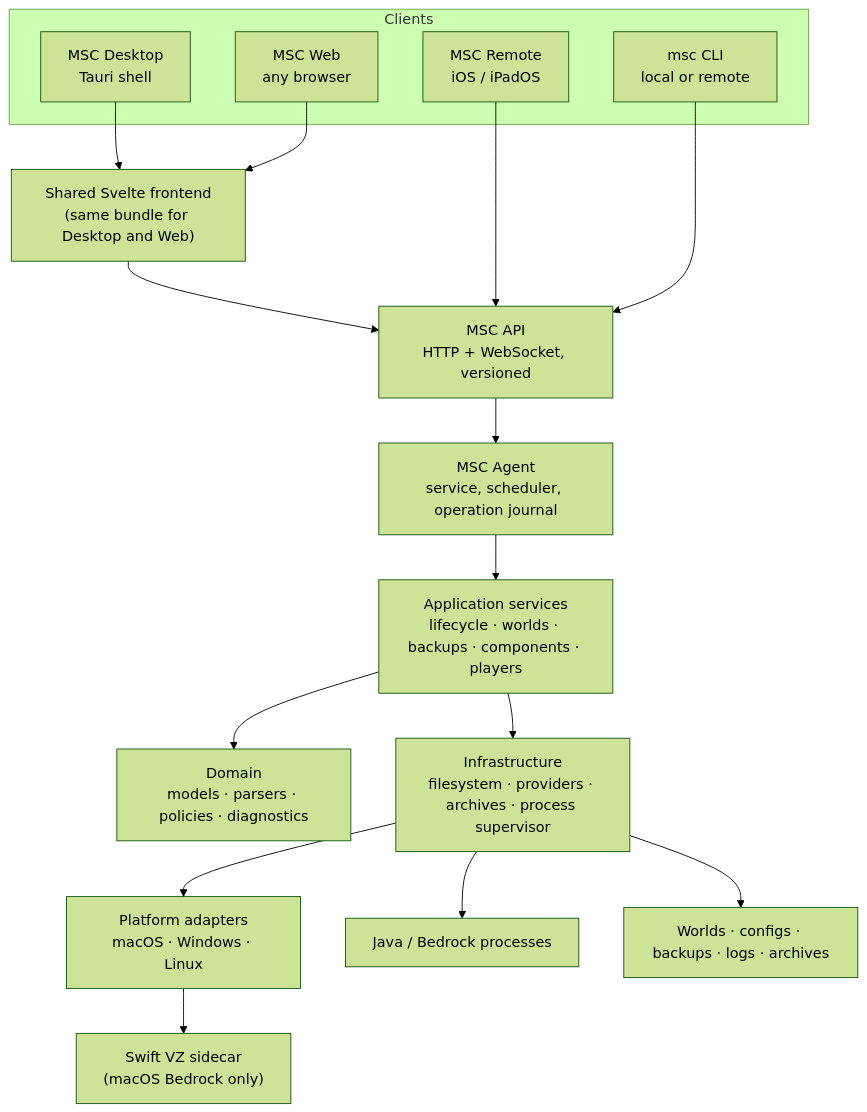
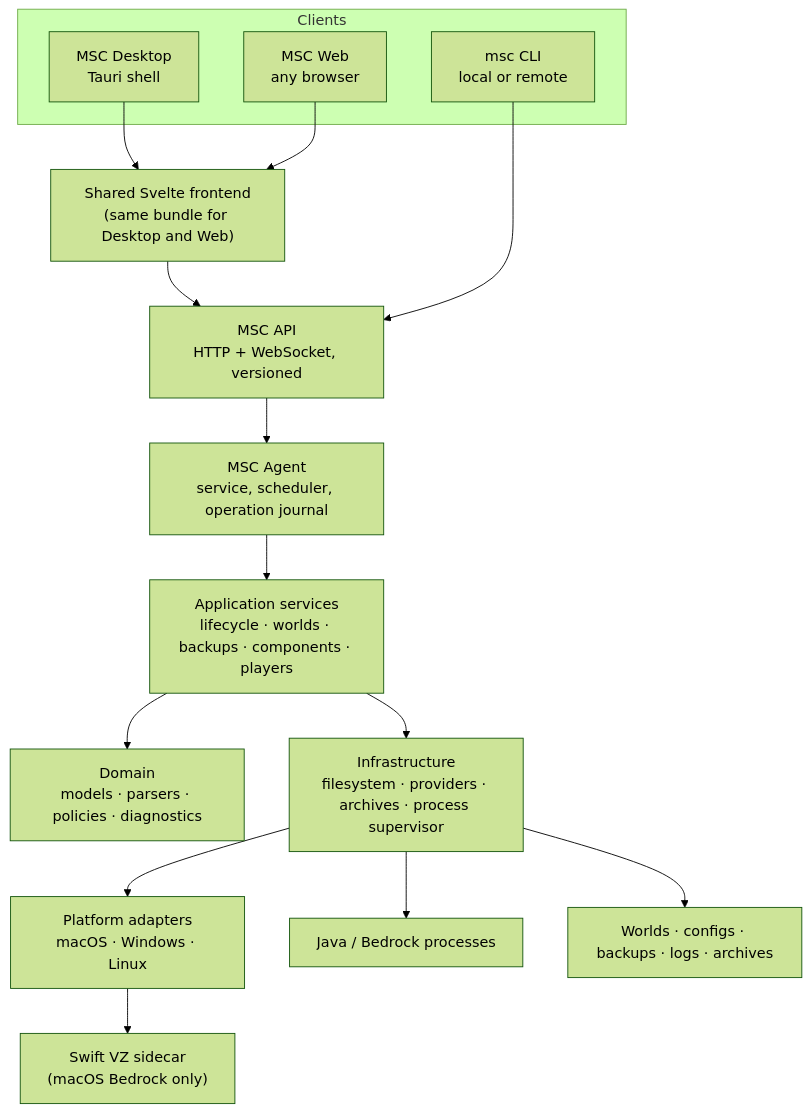
One commit to ctemple9/msc2 changed the diagram in docs/msc2/msc2-engineering.md. Above: the diagram before and after it, drawn with Mermaid (forest theme). The commit also changed other lines of this file and 5 other files, not shown here.

````diff
--- a/docs/msc2/msc2-engineering.md
+++ b/docs/msc2/msc2-engineering.md
@@ -40,27 +40,25 @@
 ```mermaid
 flowchart TB
     subgraph clients["Clients"]
         Desktop["MSC Desktop<br/>Tauri shell"]
         Web["MSC Web<br/>any browser"]
-        IOS["MSC Remote<br/>iOS / iPadOS"]
         CLI["msc CLI<br/>local or remote"]
     end
 
     Svelte["Shared Svelte frontend<br/>(same bundle for Desktop and Web)"]
 
     Desktop --> Svelte
     Web --> Svelte
     Svelte --> API
-    IOS --> API
     CLI --> API
 
     API["MSC API<br/>HTTP + WebSocket, versioned"]
     API --> Agent["MSC Agent<br/>service, scheduler, operation journal"]
     Agent --> App["Application services<br/>lifecycle · worlds · backups · components · players"]
     App --> Domain["Domain<br/>models · parsers · policies · diagnostics"]
     App --> Infra["Infrastructure<br/>filesystem · providers · archives · process supervisor"]
     Infra --> Platform["Platform adapters<br/>macOS · Windows · Linux"]
     Platform --> Sidecar["Swift VZ sidecar<br/>(macOS Bedrock only)"]
     Infra --> Procs["Java / Bedrock processes"]
     Infra --> Store["Worlds · configs · backups · logs · archives"]
 ```
````
